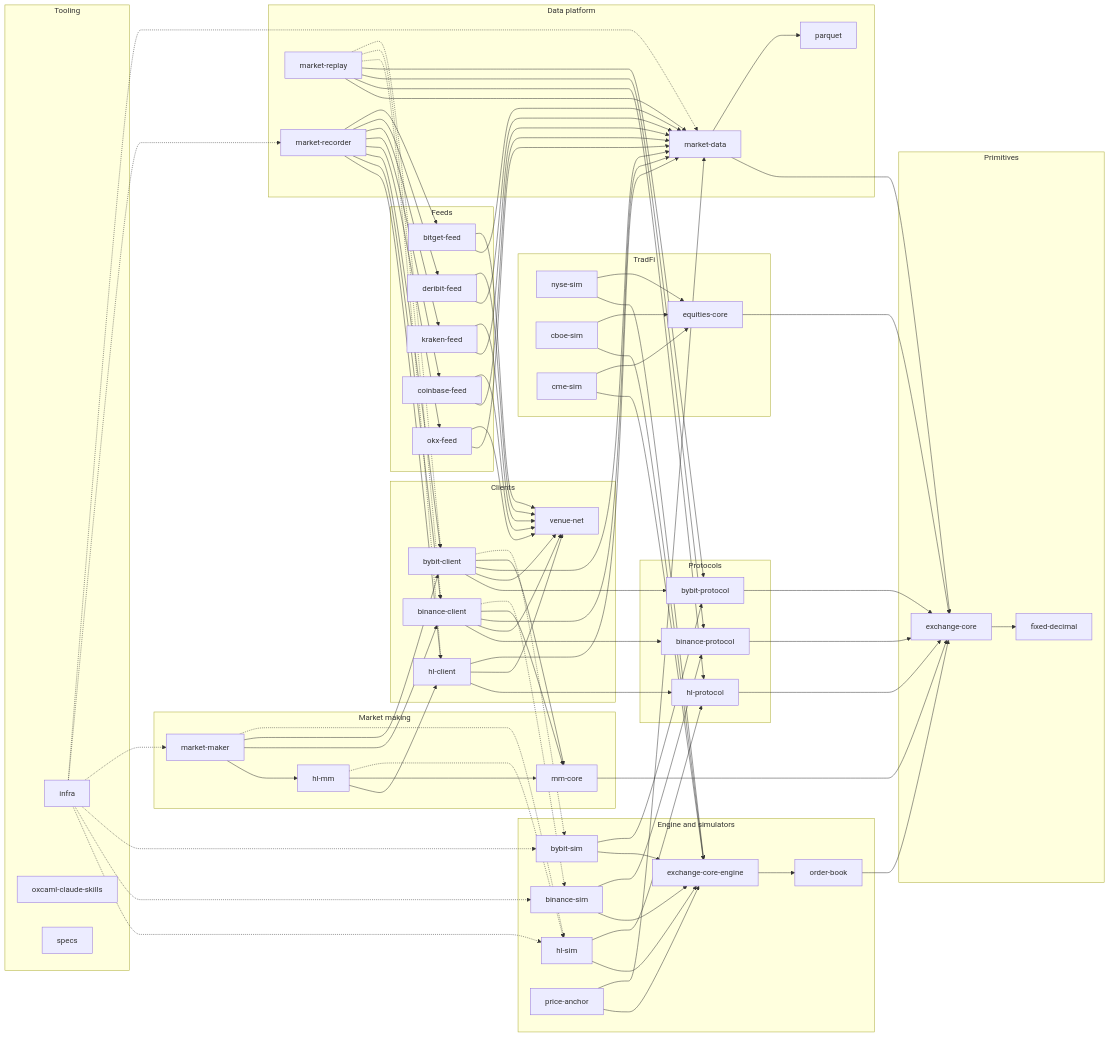
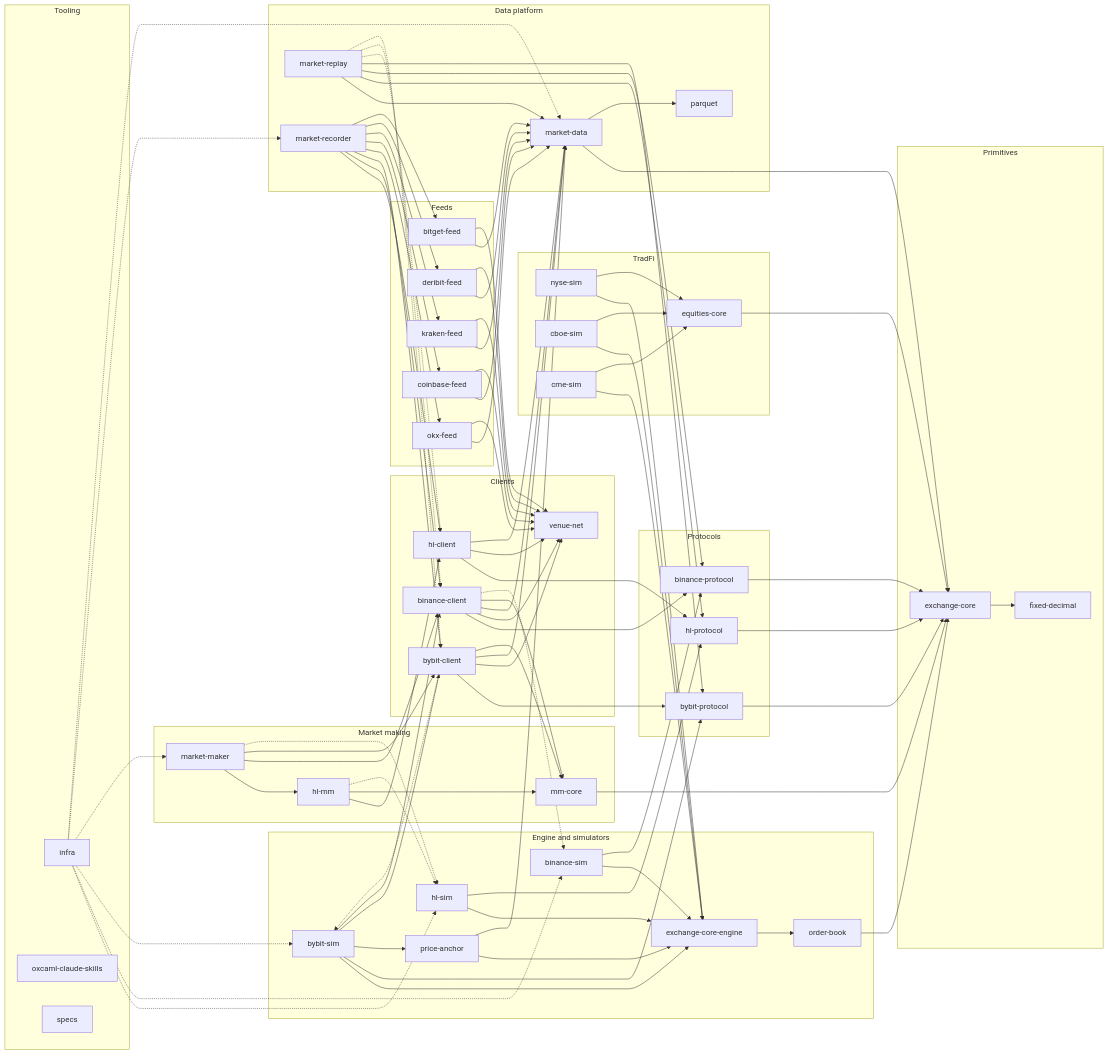
Before and after one commit to winterchill-trading/specs: the first of 2 diagrams in overview.md, drawn with Mermaid.

Commit message:
docs(overview): bybit-sim's anchor package edges

```diff
--- a/overview.md
+++ b/overview.md
@@ -116,6 +116,9 @@
   binance_sim --> binance_protocol
   bybit_sim --> engine_pkg
   bybit_sim --> bybit_protocol
+  bybit_sim --> price_anchor
+  bybit_sim --> bybit_client
+  bybit_sim --> binance_client
   price_anchor --> engine_pkg
   price_anchor --> market_data
   market_data --> exchange_core
```
